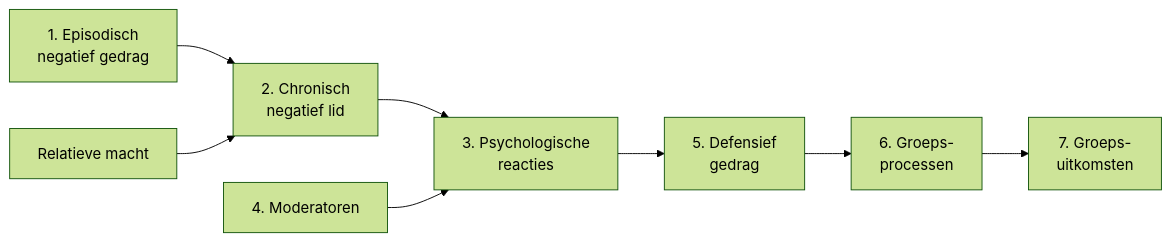
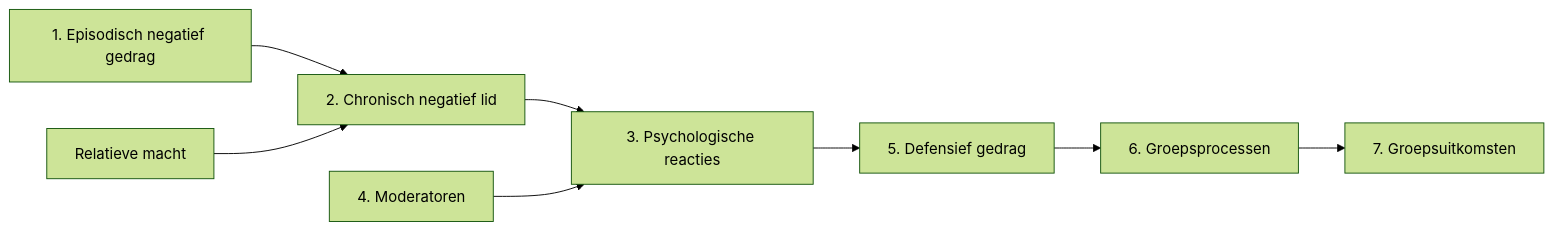
Before and after one commit to johantre/ai-value-flow-lab: the second of 2 diagrams in articles/felps-mitchell-byington-how-when-why-bad-apples-2006.md, drawn with Mermaid (forest theme). The commit also changed other lines of this file and 2 other files, not shown here.

First line of the commit message:
Enrich Felps (2006) article with links, diagrams, and concept stubs

````diff
--- a/articles/felps-mitchell-byington-how-when-why-bad-apples-2006.md
+++ b/articles/felps-mitchell-byington-how-when-why-bad-apples-2006.md
@@ -73,10 +80,10 @@
 ```mermaid
 graph LR
-    A[1. Episodisch\nnegatief gedrag] --> B[2. Chronisch\nnegatief lid]
-    B --> C[3. Psychologische\nreacties]
-    C --> D[5. Defensief\ngedrag]
-    D --> E[6. Groeps-\nprocessen]
-    E --> F[7. Groeps-\nuitkomsten]
-    G[4. Moderatoren] --> C
-    H[Relatieve macht] --> B
+    A["1. Episodisch negatief gedrag"] --> B["2. Chronisch negatief lid"]
+    B --> C["3. Psychologische reacties"]
+    C --> D["5. Defensief gedrag"]
+    D --> E["6. Groepsprocessen"]
+    E --> F["7. Groepsuitkomsten"]
+    G["4. Moderatoren"] --> C
+    H["Relatieve macht"] --> B
 ```
````
